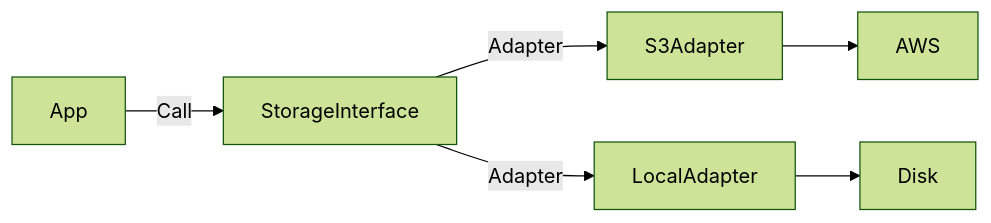
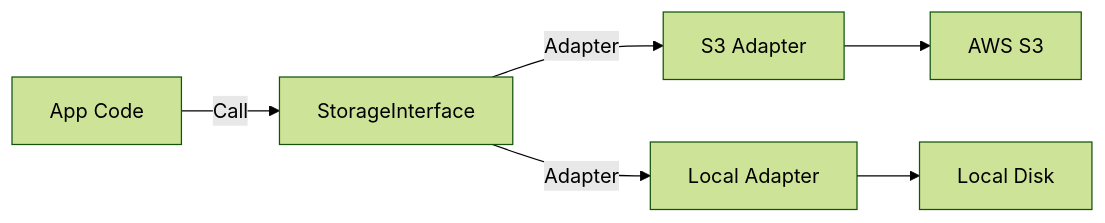
Diagram 35 of 50 in diagrams/50-comprehensive-diagrams.md (subhashladumor1/laravel-mastery-roadmap), drawn with Mermaid (forest theme) before and after one commit. The commit also changed other lines of this file and 6 other files, not shown here.

First line of the commit message:
diagram rich issue

````diff
--- a/diagrams/50-comprehensive-diagrams.md
+++ b/diagrams/50-comprehensive-diagrams.md
@@ -364,8 +364,8 @@
 ```mermaid
 graph LR
-    App -->|Call| Interface[StorageInterface]
-    Interface -->|Adapter| S3Adapter
-    Interface -->|Adapter| LocalAdapter
-    S3Adapter --> AWS
-    LocalAdapter --> Disk
+    App[App Code] -->|Call| Interface[StorageInterface]
+    Interface -->|Adapter| S3Adapter[S3 Adapter]
+    Interface -->|Adapter| LocalAdapter[Local Adapter]
+    S3Adapter --> AWS[AWS S3]
+    LocalAdapter --> Disk[Local Disk]
 ```
````
